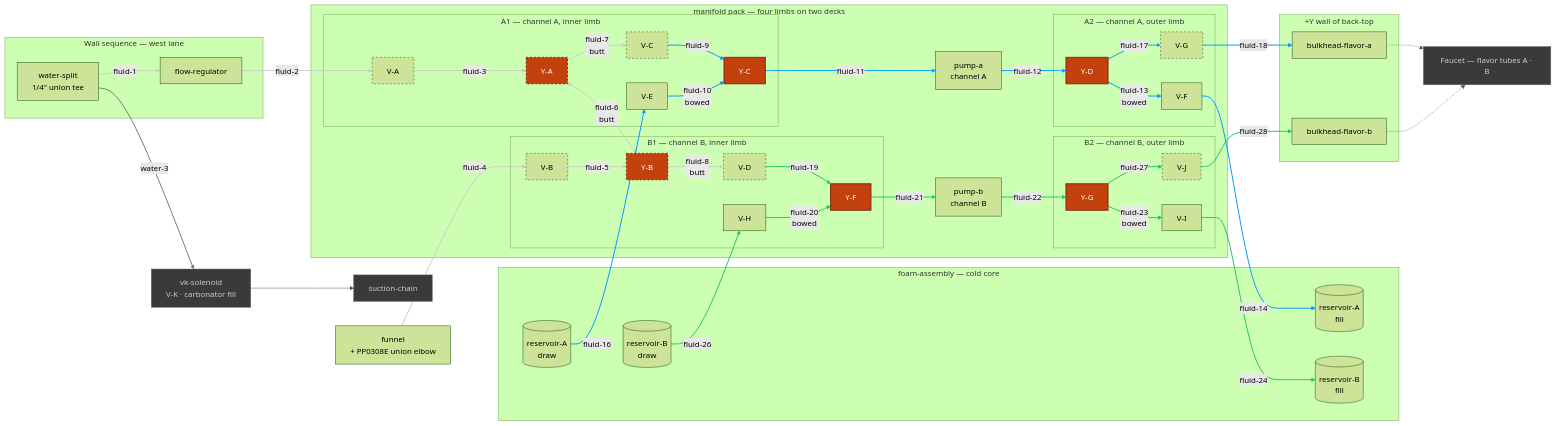
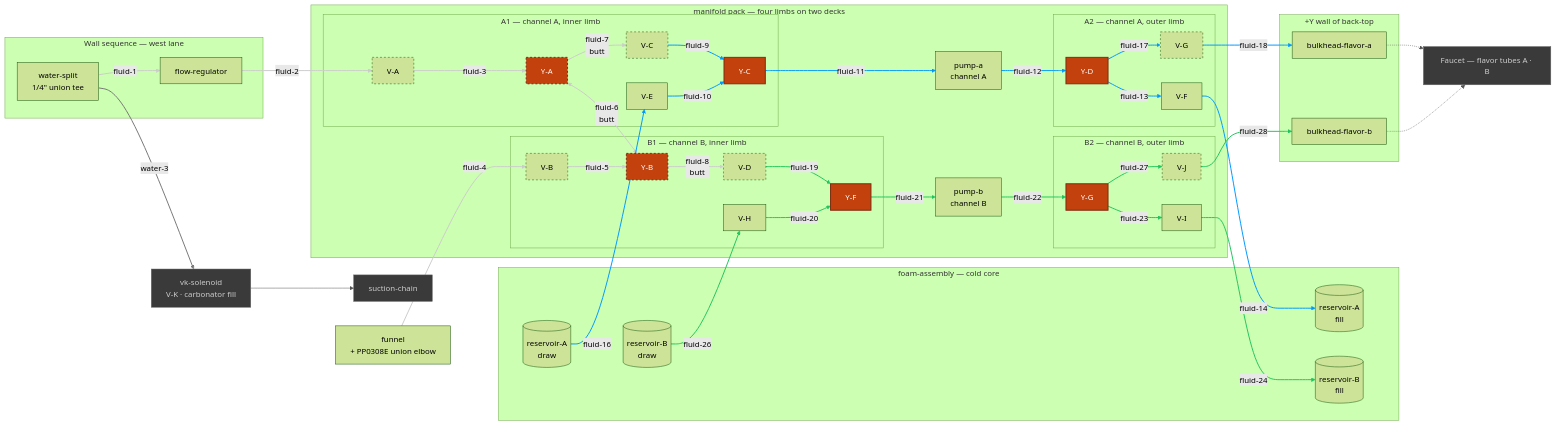
The diagram in hardware/topology/fluid-topology-manifold.mmd (derekbreden/homesodamachine), drawn with Mermaid (forest theme) before and after one commit. The commit also changed 58 other files, not shown here.

```diff
--- a/hardware/topology/fluid-topology-manifold.mmd
+++ b/hardware/topology/fluid-topology-manifold.mmd
@@ -17,20 +17,20 @@
   %% never reaches.
 
   %% [26](SEGMENT_COUNT) flavor segments. [3](BUTT_COUNT) are collet butted to collet and carry
-  %% no tube at all; [9](DRAWN_COUNT) are swept runs between placed bodies; the rest include four fixed fore S links,
-  %% four stationary hairpins and the source pair's two quarter-and-step turns. Reported tube lengths total
+  %% no tube at all; [9](DRAWN_COUNT) are swept runs between placed bodies; the rest include
+  %% [4](UPPER_LINK_COUNT) straight upper links, [8](LOWER_LINK_COUNT) straight lower links,
+  %% printed TPU junctions/returns and the source pair's two quarter-and-step turns. Reported tube lengths total
   %% [2601.4 mm](FLUID_TOTAL) of 1/4" LLDPE over [69](FLUID_BENDS) corners, and the longest is
   %% [fluid-18](LONGEST_ID) at [446.4 mm](LONGEST_LEN). [0](OPEN_COUNT) are mouths with nothing
   %% on the far end of them: EVERY FLAVOR SEGMENT IN THIS CHART IS MADE. The stock total
-  %% counts the four complete receiver-to-tee tails and excludes machined pump stems.
-  %% Other mouth-to-mouth path lengths need their actual fitting insertions for cut blanks.
-  %% Add both actual fitting insertions to each fore S-link exposed path for its cut blank. The funnel's gravity
+  %% excludes machined pump stems and printed TPU passages. Mouth-to-mouth link lengths
+  %% need their actual socket or fitting insertions for cut blanks. The funnel's gravity
   %% drain is drawn like the rest — the funnel is seated in the box rather than placed in the
   %% pack, so `fluid-4` is authored after the box exists, off the same frames.
 
   %% Colour is the circuit: white the shared source chain (fluid-1 … fluid-8), blue channel A
   %% (9 … 18), green channel B (19 … 28), grey the carbonator's own two runs through this bay.
-  %% A dashed border is a body the fold carries onto the upper deck.
+  %% A dashed border is a fixed upper-deck body.
 
   %% Per-limb grouping without the endpoints is fluid-topology-limbs.mmd; the water and CO2 spine
   %% feeding the split, and everything the carbonator dispenses through, are
@@ -57,10 +57,11 @@
   %% =========================
   %% The flavour manifold
   %% =========================
-  %% Four limbs, two decks. A limb is one lane: a line of valves and tees butted collet to collet,
-  %% front to back, hinged in the middle — everything forward of the hinge folded up and over onto
-  %% the deck above. Both pumps stand at the fold, each hanging out two lanes 57 mm apart with a
-  %% tee dropped on each barb by its branch. Channel A stands east of the mirror plane in the
+  %% Four limbs, two fixed decks. Each lane joins its valves through one junction:
+  %% Y-A/Y-B are purchased tees; Y-C/Y-D/Y-F/Y-G are permanent printed TPU junctions.
+  %% Each prepared pump stem enters its junction through the closed pump-bay wall.
+  %% Straight upper links and fixed TPU returns connect the two valve rows.
+  %% Channel A stands east of the mirror plane in the
   %% machine and channel B west, the pack posed face down on the refrigeration stratum's crown.
   subgraph Manifold["manifold pack — four limbs on two decks"]
 
@@ -138,15 +139,14 @@
   %% =========================
   %% Channel A — fluid-9 … fluid-18
   %% =========================
-  %% Y-C and Y-D stand in fixed saddles behind pump A's two permanent TPU receivers.
-  %% Each prepared pump stem enters its receiver; a straight permanent tail joins the
-  %% receiver to the tee branch. fluid-9 and fluid-17 are stationary R14 hairpins,
-  %% and fluid-10 and fluid-13 are fixed R14 S links to the fore valves.
+  %% Y-C and Y-D are pump A's permanent TPU junctions. fluid-9 and fluid-17 each use
+  %% two straight LLDPE links and one fixed printed TPU return. fluid-10 and fluid-13
+  %% are straight upper links to the fore valves.
   VC -->|"fluid-9"| YC
-  VE -->|"fluid-10<br/>bowed"| YC
+  VE -->|"fluid-10"| YC
   YC -->|"fluid-11"| PA
   PA -->|"fluid-12"| YD
-  YD -->|"fluid-13<br/>bowed"| VF
+  YD -->|"fluid-13"| VF
   VF -->|"fluid-14"| ResAFill
   ResA -->|"fluid-16"| VE
   YD -->|"fluid-17"| VG
@@ -155,14 +155,14 @@
   %% =========================
   %% Channel B — fluid-19 … fluid-28
   %% =========================
-  %% Channel B mirrors channel A about x = 0. Y-F and Y-G stand behind pump B's receivers, fluid-19 and
-  %% fluid-27 are its two hairpins, and V-I-O and V-H-I — the reservoir's fill gate and its draw
+  %% Channel B mirrors channel A about x = 0. Y-F and Y-G are pump B's permanent junctions;
+  %% fluid-19 and fluid-27 use straight links and fixed TPU returns. V-I-O and V-H-I — the reservoir's fill gate and its draw
   %% gate — leave on their own axes off the lower deck, as channel A's V-F-O and V-E-I do.
   VD -->|"fluid-19"| YF
-  VH -->|"fluid-20<br/>bowed"| YF
+  VH -->|"fluid-20"| YF
   YF -->|"fluid-21"| PB
   PB -->|"fluid-22"| YG
-  YG -->|"fluid-23<br/>bowed"| VI
+  YG -->|"fluid-23"| VI
   VI -->|"fluid-24"| ResBFill
   ResB -->|"fluid-26"| VH
   YG -->|"fluid-27"| VJ
@@ -202,15 +202,13 @@
   %% Outside the pack (group:outside) — no run carries it.
   linkStyle 27,28,29 stroke:#555,stroke-width:1px
 
-  %% Junction fittings. All six are PP0208E TEES: an in-line RUN, one straight lane through the
-  %% fitting shared by two of its three ports, and a BRANCH, the leg that leaves that lane. Y-A
-  %% and Y-B stand on a limb's own axis with their branches across the mirror plane; the other
-  %% four connect by permanent receiver/tail joints to the pump stems, with their runs
-  %% across the head's face. Neither
+  %% Junction fittings. Y-A/Y-B are purchased PP0208E tees; their branches meet across
+  %% the mirror plane. Y-C/Y-D/Y-F/Y-G are permanent printed TPU junctions at the
+  %% prepared pump stems. Neither
   %% reservoir has one. fluid-topology.md "Junctions" carries where each port goes.
   classDef tee fill:#c2410c,stroke:#7c2d12,color:#ffffff,stroke-width:2px;
   class YA,YB,YC,YD,YF,YG tee;
-  %% The bodies forward of the hinge, which the fold carries up onto the second deck.
+  %% The fixed upper-deck bodies.
   classDef upper stroke-dasharray:4;
   class VA,VB,VC,VD,VG,VJ,YA,YB upper;
   %% Not the flavor manifold's — the carbonator's valve, and the pack's edge.
```
